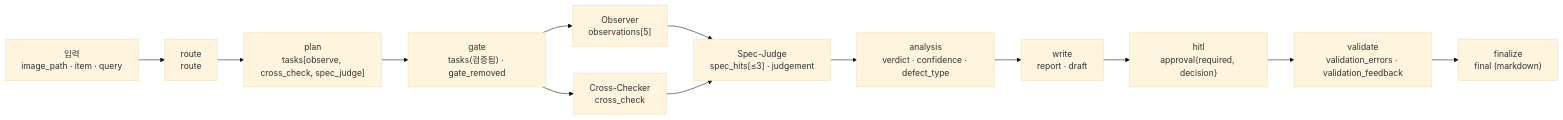
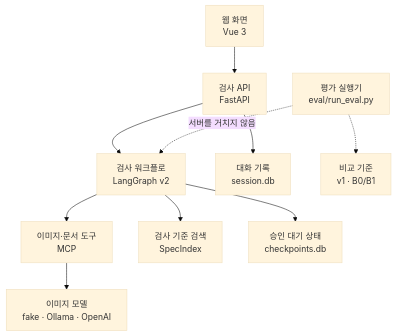
One commit to siamin20/grounded-visual-inspector changed the second of 5 diagrams in docs/architecture.md. Above: the diagram before and after it, drawn with Mermaid (base theme). The commit also changed other lines of this file and 1 other file, not shown here.

````diff
--- a/docs/architecture.md
+++ b/docs/architecture.md
@@ -79,15 +35,12 @@
 ```mermaid
-flowchart LR
-    I["입력<br/>image_path · item · query"] --> R["route<br/>route"]
-    R --> P["plan<br/>tasks[observe, cross_check, spec_judge]"]
-    P --> G["gate<br/>tasks(검증됨) · gate_removed"]
-    G --> O["Observer<br/>observations[5]"]
-    G --> C["Cross-Checker<br/>cross_check"]
-    O --> S["Spec-Judge<br/>spec_hits[≤3] · judgement"]
-    C --> S
-    S --> A["analysis<br/>verdict · confidence · defect_type"]
-    A --> W["write<br/>report · draft"]
-    W --> H["hitl<br/>approval{required, decision}"]
-    H --> V["validate<br/>validation_errors · validation_feedback"]
-    V --> F["finalize<br/>final (markdown)"]
+flowchart TB
+    Web["웹 화면<br/>Vue 3"] --> API["검사 API<br/>FastAPI"]
+    API --> Graph["검사 워크플로<br/>LangGraph v2"]
+    Graph --> MCP["이미지·문서 도구<br/>MCP"]
+    MCP --> VLM["이미지 모델<br/>fake · Ollama · OpenAI"]
+    Graph --> Specs["검사 기준 검색<br/>SpecIndex"]
+    API --> Session["대화 기록<br/>session.db"]
+    Graph --> Checkpoint["승인 대기 상태<br/>checkpoints.db"]
+    Eval["평가 실행기<br/>eval/run_eval.py"] -. "서버를 거치지 않음" .-> Graph
+    Eval -.-> Baseline["비교 기준<br/>v1 · B0/B1"]
 ```
````
